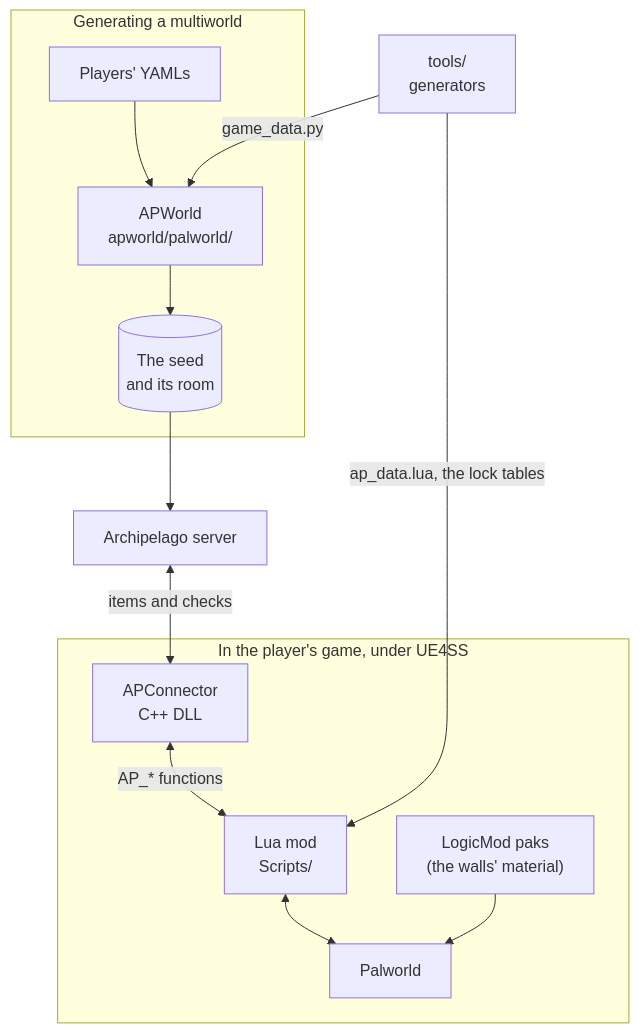
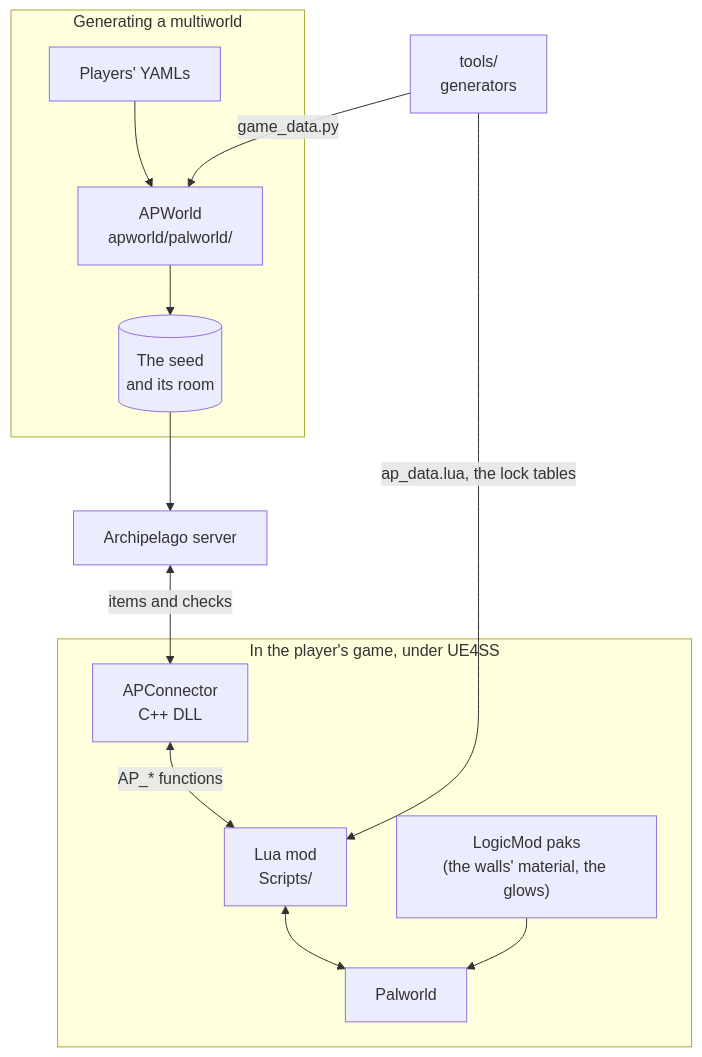
Before and after one commit to JustEyeTea/Palworld-Archipelago-Randomizer: the first of 13 diagrams in docs/architecture.md, drawn with Mermaid. The commit also changed other lines of this file and 55 other files, not shown here.

````diff
--- a/docs/architecture.md
+++ b/docs/architecture.md
@@ -45,16 +44,16 @@
 ```mermaid
 flowchart TB
   subgraph gen["Generating a multiworld"]
     YAML["Players' YAMLs"] --> APW["APWorld<br/>apworld/palworld/"]
     APW --> SEED[("The seed<br/>and its room")]
   end
   SEED --> SERVER["Archipelago server"]
   subgraph pc["In the player's game, under UE4SS"]
     CONN["APConnector<br/>C++ DLL"] <-->|"AP_* functions"| LUA["Lua mod<br/>Scripts/"]
     LUA <--> GAME["Palworld"]
-    PAKS["LogicMod paks<br/>(the walls' material)"] --> GAME
+    PAKS["LogicMod paks<br/>(the walls' material, the glows)"] --> GAME
   end
   SERVER <-->|"items and checks"| CONN
   TOOLS["tools/<br/>generators"] -->|"game_data.py"| APW
   TOOLS -->|"ap_data.lua, the lock tables"| LUA
 ```
````
